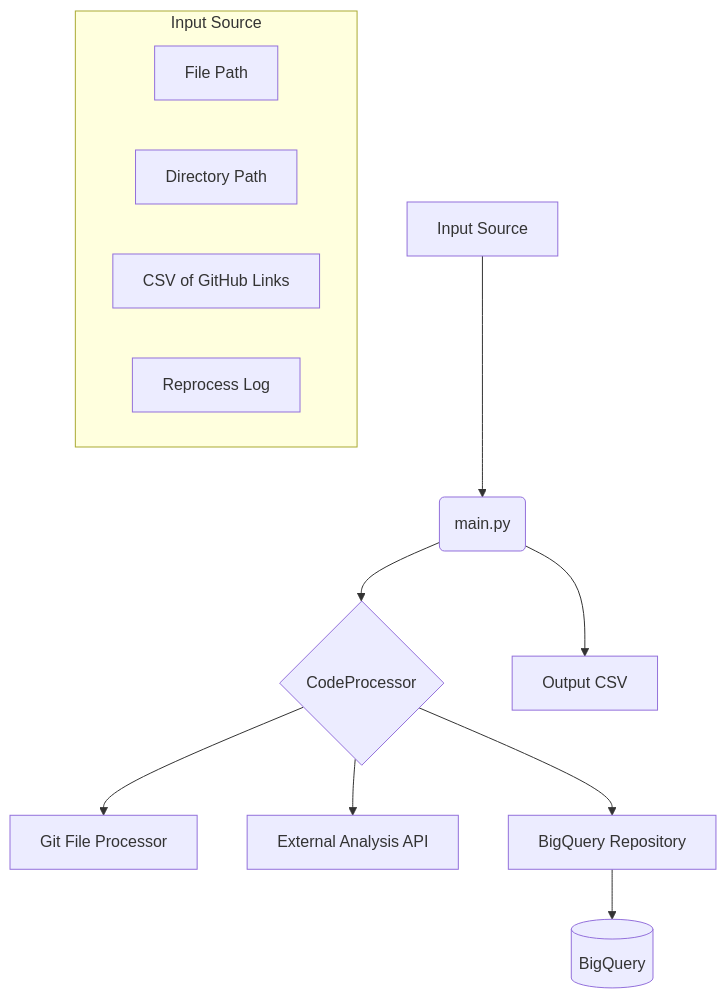
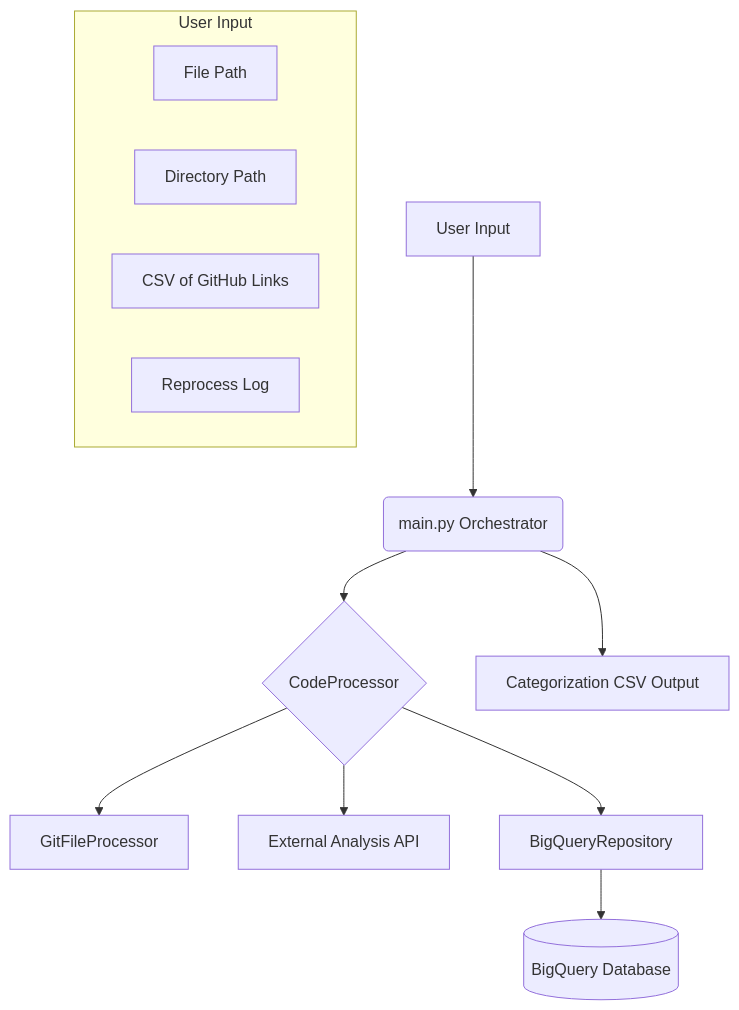
Before and after one commit to joeshirey/JSRepoAnalysis: the first of 2 diagrams in docs/TECHNICAL_DESIGN.md, drawn with Mermaid. The commit also changed other lines of this file and 2 other files, not shown here.

Commit message:
docs: Update project documentation for clarity and accuracy
- Revised README.md to clarify the installation process and the role of the external API.
- Updated PRODUCT_REQUIREMENTS.md to provide more detailed descriptions of functional requirements.
- Refined TECHNICAL_DESIGN.md, improving the architectural diagram and component descriptions to better align with the current implementation.

````diff
--- a/docs/TECHNICAL_DESIGN.md
+++ b/docs/TECHNICAL_DESIGN.md
@@ -13,20 +13,20 @@
 ```mermaid
 graph TD
-    A[Input Source] --> B(main.py);
-    subgraph Input Source
+    A[User Input] --> B(main.py Orchestrator);
+    subgraph User Input
         direction LR
         C1[File Path];
         C2[Directory Path];
         C3[CSV of GitHub Links];
         C4[Reprocess Log];
     end
 
     B --> F{CodeProcessor};
-    B --> O[Output CSV];
+    B --> O[Categorization CSV Output];
 
-    F --> K[Git File Processor];
+    F --> K[GitFileProcessor];
     F --> L[External Analysis API];
     
-    F --> M[BigQuery Repository];
-    M --> N[(BigQuery)];
+    F --> M[BigQueryRepository];
+    M --> N[(BigQuery Database)];
 ```
````
